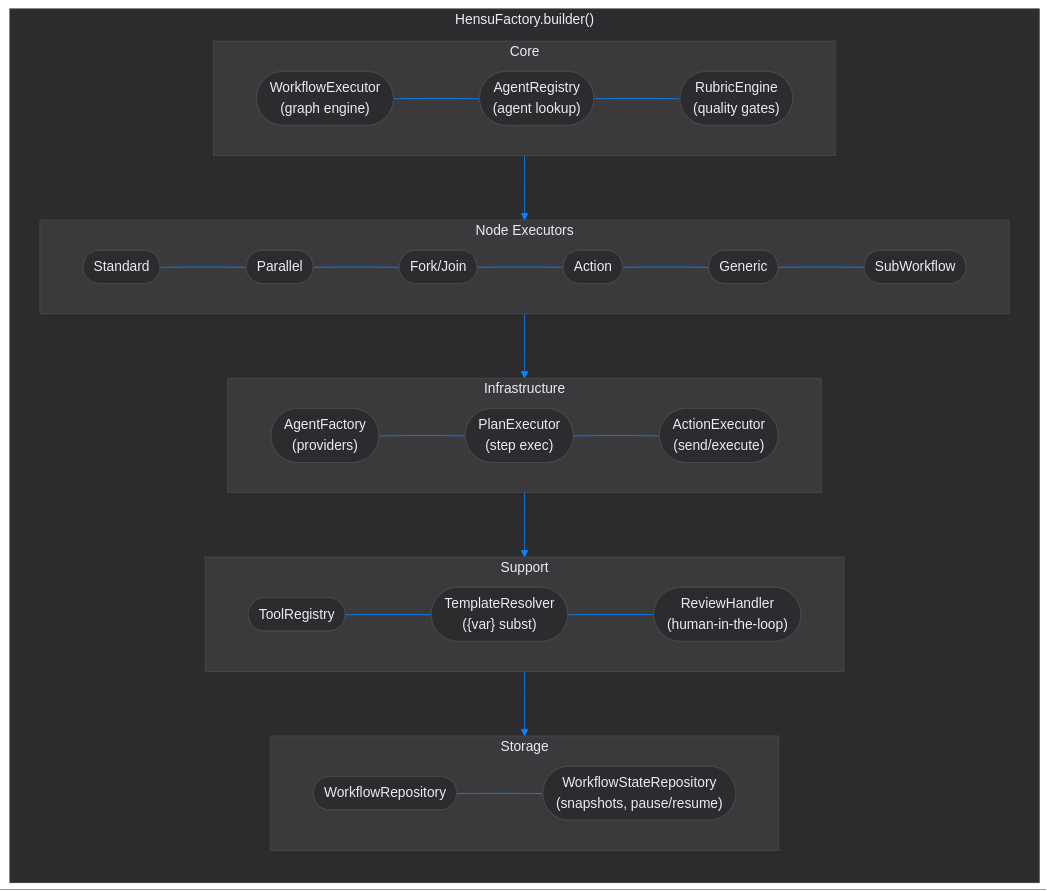
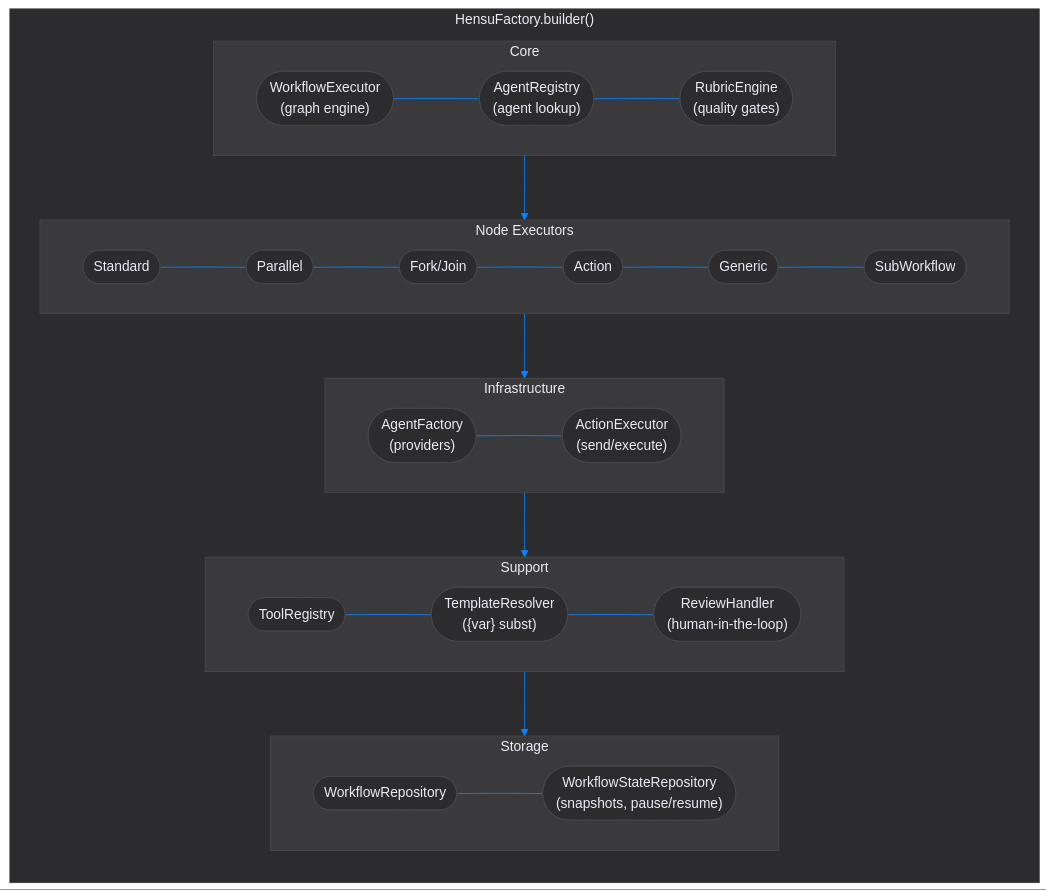
The first of 2 diagrams in hensu-core/README.md (hensu-project/hensu), drawn with Mermaid before and after one commit. The commit also changed other lines of this file and 122 other files, not shown here.

````diff
--- a/hensu-core/README.md
+++ b/hensu-core/README.md
@@ -26,54 +25,53 @@
 ```mermaid
 flowchart TD
     subgraph factory["HensuFactory.builder()"]
         direction TB
         subgraph top["Core"]
             direction LR
             we(["WorkflowExecutor\n(graph engine)"]) ~~~ ar(["AgentRegistry\n(agent lookup)"]) ~~~ re(["RubricEngine\n(quality gates)"])
         end
         subgraph nodes["Node Executors"]
             direction LR
             std(["Standard"]) ~~~ par(["Parallel"]) ~~~ fj(["Fork/Join"]) ~~~ act(["Action"]) ~~~ gen(["Generic"]) ~~~ sub(["SubWorkflow"])
         end
         subgraph mid["Infrastructure"]
             direction LR
-            af(["AgentFactory\n(providers)"]) ~~~ pe(["PlanExecutor\n(step exec)"]) ~~~ ae(["ActionExecutor\n(send/execute)"])
+            af(["AgentFactory\n(providers)"]) ~~~ ae(["ActionExecutor\n(send/execute)"])
         end
         subgraph support["Support"]
             direction LR
             tr(["ToolRegistry"]) ~~~ tmpl(["TemplateResolver\n({var} subst)"]) ~~~ rh(["ReviewHandler\n(human-in-the-loop)"])
         end
         subgraph storage["Storage"]
             direction LR
             wr(["WorkflowRepository"]) ~~~ wsr(["WorkflowStateRepository\n(snapshots, pause/resume)"])
         end
         top --> nodes --> mid --> support --> storage
     end
 
     style factory fill:#2c2c2e, stroke:#3a3a3c, color:#ebebf5, stroke-width:1px
     style top fill:#3a3a3c, stroke:#48484a, color:#ebebf5, stroke-width:1px
     style nodes fill:#3a3a3c, stroke:#48484a, color:#ebebf5, stroke-width:1px
     style mid fill:#3a3a3c, stroke:#48484a, color:#ebebf5, stroke-width:1px
     style support fill:#3a3a3c, stroke:#48484a, color:#ebebf5, stroke-width:1px
     style storage fill:#3a3a3c, stroke:#48484a, color:#ebebf5, stroke-width:1px
 
     style we fill:#2c2c2e, stroke:#48484a, color:#ebebf5, stroke-width:1px
     style ar fill:#2c2c2e, stroke:#48484a, color:#ebebf5, stroke-width:1px
     style re fill:#2c2c2e, stroke:#48484a, color:#ebebf5, stroke-width:1px
     style std fill:#2c2c2e, stroke:#48484a, color:#ebebf5, stroke-width:1px
     style par fill:#2c2c2e, stroke:#48484a, color:#ebebf5, stroke-width:1px
     style fj fill:#2c2c2e, stroke:#48484a, color:#ebebf5, stroke-width:1px
     style act fill:#2c2c2e, stroke:#48484a, color:#ebebf5, stroke-width:1px
     style gen fill:#2c2c2e, stroke:#48484a, color:#ebebf5, stroke-width:1px
     style sub fill:#2c2c2e, stroke:#48484a, color:#ebebf5, stroke-width:1px
     style af fill:#2c2c2e, stroke:#48484a, color:#ebebf5, stroke-width:1px
-    style pe fill:#2c2c2e, stroke:#48484a, color:#ebebf5, stroke-width:1px
     style ae fill:#2c2c2e, stroke:#48484a, color:#ebebf5, stroke-width:1px
     style tr fill:#2c2c2e, stroke:#48484a, color:#ebebf5, stroke-width:1px
     style tmpl fill:#2c2c2e, stroke:#48484a, color:#ebebf5, stroke-width:1px
     style rh fill:#2c2c2e, stroke:#48484a, color:#ebebf5, stroke-width:1px
     style wr fill:#2c2c2e, stroke:#48484a, color:#ebebf5, stroke-width:1px
     style wsr fill:#2c2c2e, stroke:#48484a, color:#ebebf5, stroke-width:1px
 
     linkStyle default stroke:#0A84FF, stroke-width:1px
 ```
````
